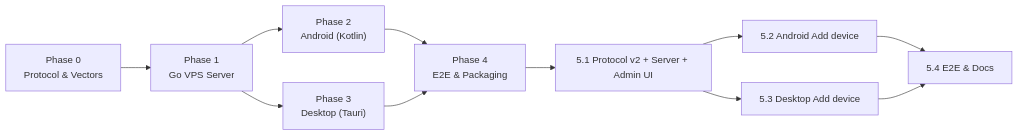
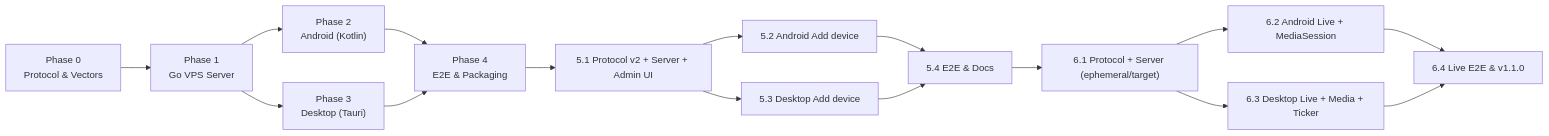
Before and after one commit to ardfar/all-notify: the diagram in docs/ROADMAP.md, drawn with Mermaid. The commit also changed other lines of this file and 8 other files, not shown here.

Commit message:
docs: specify Phase 6 (v1.1) live status and remote media controls

````diff
--- a/docs/ROADMAP.md
+++ b/docs/ROADMAP.md
@@ -24,13 +25,18 @@
 ```mermaid
 flowchart LR
     P0["Phase 0\nProtocol & Vectors"] --> P1["Phase 1\nGo VPS Server"]
     P1 --> P2["Phase 2\nAndroid (Kotlin)"]
     P1 --> P3["Phase 3\nDesktop (Tauri)"]
     P2 --> P4["Phase 4\nE2E & Packaging"]
     P3 --> P4
     P4 --> P51["5.1 Protocol v2 + Server + Admin UI"]
     P51 --> P52["5.2 Android Add device"]
     P51 --> P53["5.3 Desktop Add device"]
     P52 --> P54["5.4 E2E & Docs"]
     P53 --> P54
+    P54 --> P61["6.1 Protocol + Server (ephemeral/target)"]
+    P61 --> P62["6.2 Android Live + MediaSession"]
+    P61 --> P63["6.3 Desktop Live + Media + Ticker"]
+    P62 --> P64["6.4 Live E2E & v1.1.0"]
+    P63 --> P64
 ```
````
